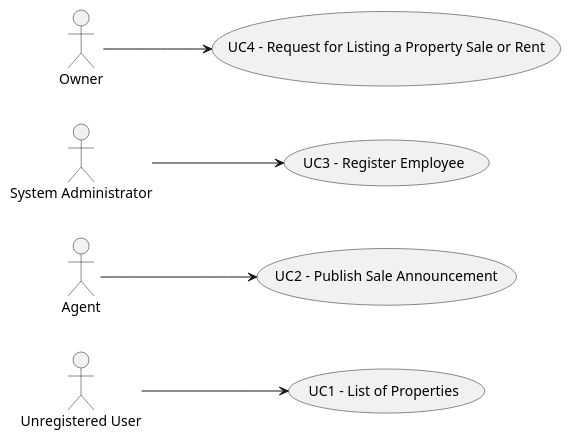
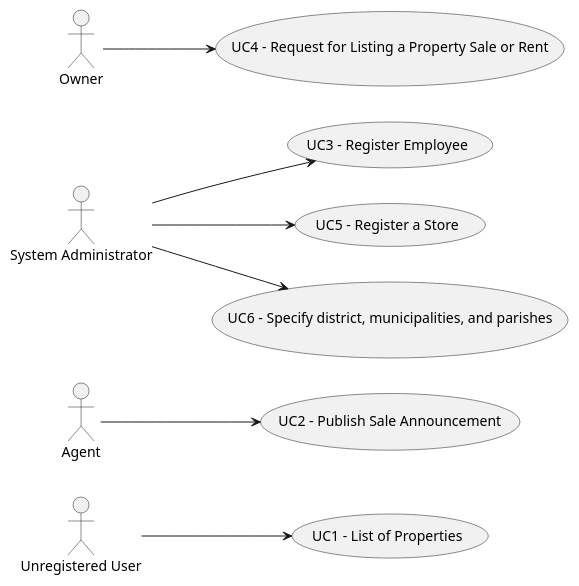
One commit to PEDROMOREIRA45/lei-23-s2-1dg-g31 changed the diagram in docs/sprintA/global-artifacts/01.requirements-engineering/puml/use-case-diagram.puml. Above: the diagram before and after it, drawn with PlantUML. The commit also changed 1 other file, not shown here.

Commit message:
changes on use case diagram and project domain model

```diff
--- a/docs/sprintA/global-artifacts/01.requirements-engineering/puml/use-case-diagram.puml
+++ b/docs/sprintA/global-artifacts/01.requirements-engineering/puml/use-case-diagram.puml
@@ -1,24 +1,27 @@
 @startuml
 'skinparam monochrome true
 skinparam packageStyle rectangle
 'skinparam shadowing false
 
 skinparam rectangle{
     BorderColor yellow
 }
 
 'title Use Case Diagram Example
 
 left to right direction
 
 usecase "UC1 - List of Properties" as UC1
 "Unregistered User" --> UC1
 usecase "UC2 - Publish Sale Announcement" as UC2
 Agent --> UC2
 usecase "UC3 - Register Employee" as UC3
 "System Administrator" --> UC3
 usecase "UC4 - Request for Listing a Property Sale or Rent" as UC4
 Owner-->UC4
-
+usecase "UC5 - Register a Store" as UC5
+"System Administrator" --> UC5
+usecase "UC6 - Specify district, municipalities, and parishes" as UC6
+"System Administrator" --> UC6
 
 @enduml
```
